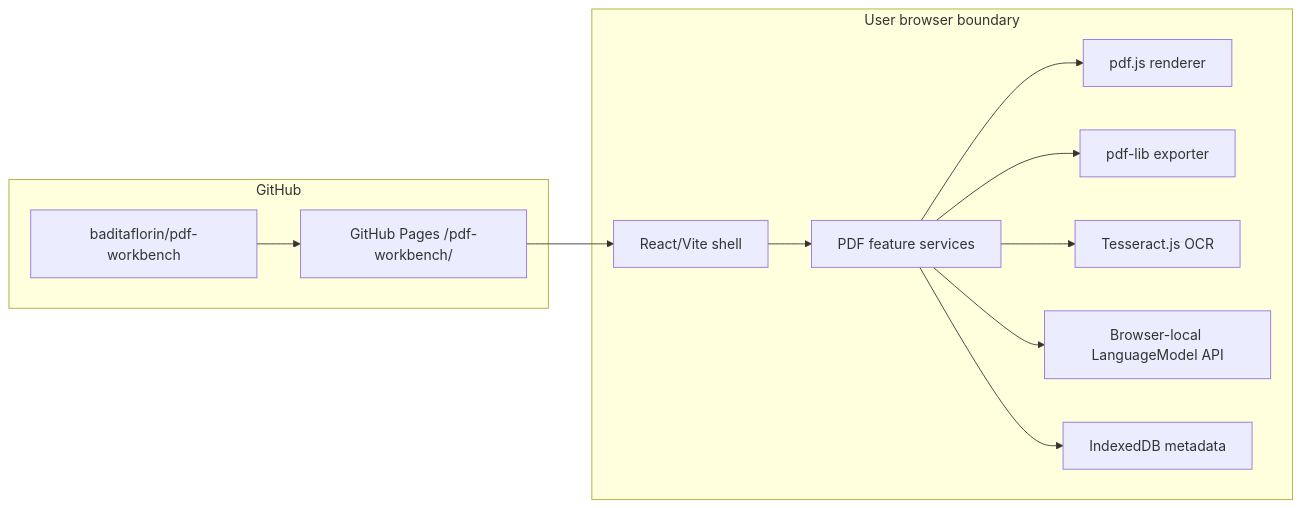
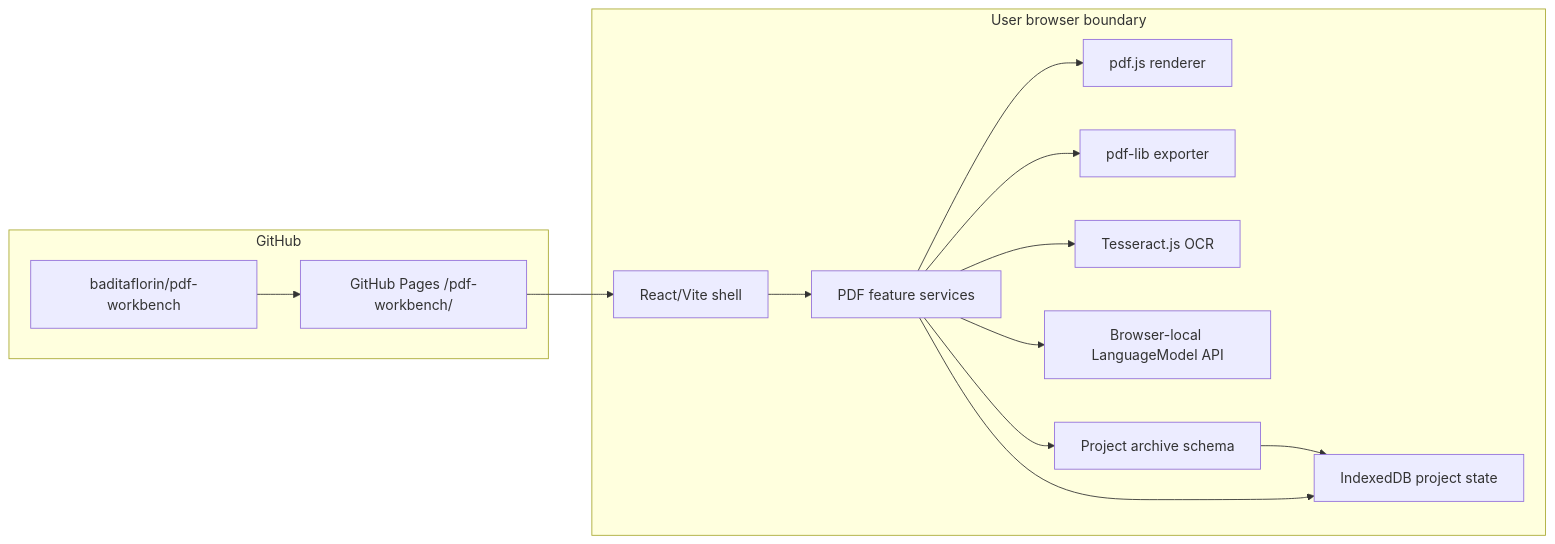
One commit to baditaflorin/pdf-workbench changed the second of 2 diagrams in docs/architecture.md. Above: the diagram before and after it, drawn with Mermaid. The commit also changed other lines of this file and 41 other files, not shown here.

````diff
--- a/docs/architecture.md
+++ b/docs/architecture.md
@@ -28,26 +28,29 @@
 ```mermaid
 flowchart LR
   subgraph gh["GitHub"]
     repo["baditaflorin/pdf-workbench"]
     pages["GitHub Pages /pdf-workbench/"]
   end
 
   subgraph browser["User browser boundary"]
     shell["React/Vite shell"]
     pdf["PDF feature services"]
     render["pdf.js renderer"]
     mutate["pdf-lib exporter"]
     ocr["Tesseract.js OCR"]
     ai["Browser-local LanguageModel API"]
-    idb["IndexedDB metadata"]
+    archive["Project archive schema"]
+    idb["IndexedDB project state"]
   end
 
   repo --> pages
   pages --> shell
   shell --> pdf
   pdf --> render
   pdf --> mutate
   pdf --> ocr
   pdf --> ai
+  pdf --> archive
+  archive --> idb
   pdf --> idb
 ```
````
